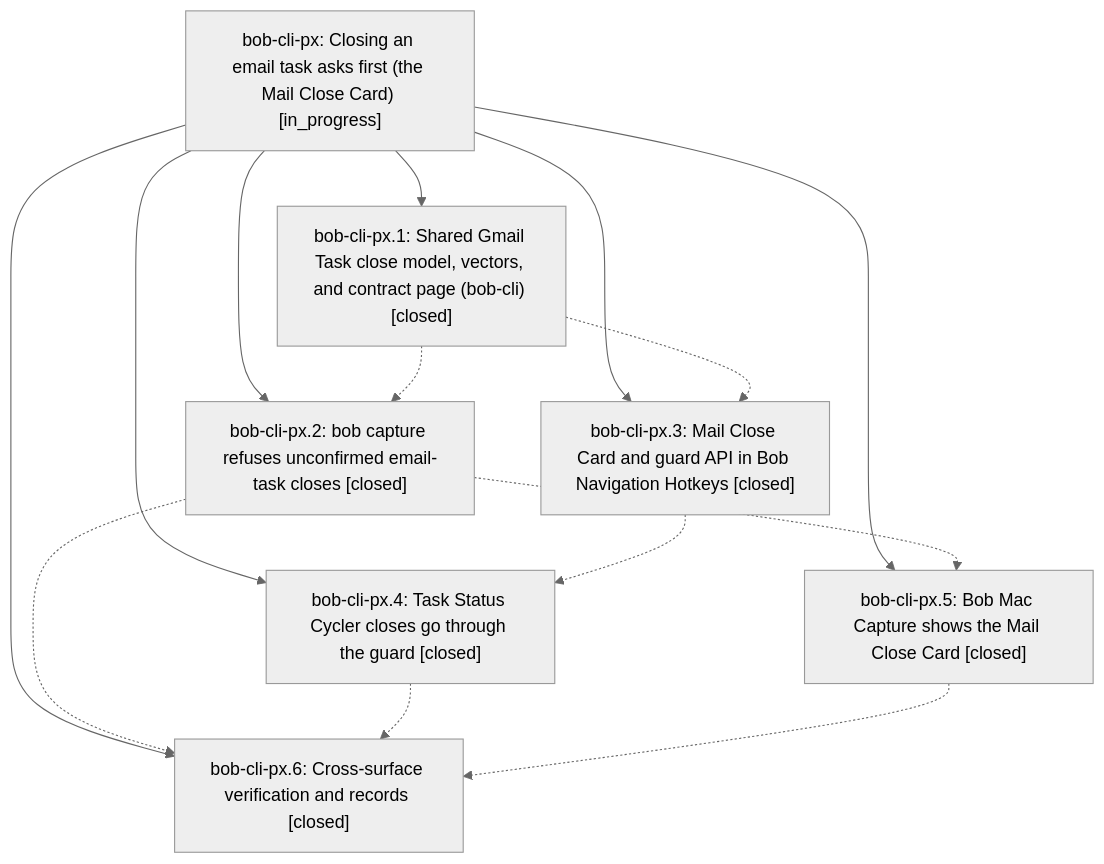
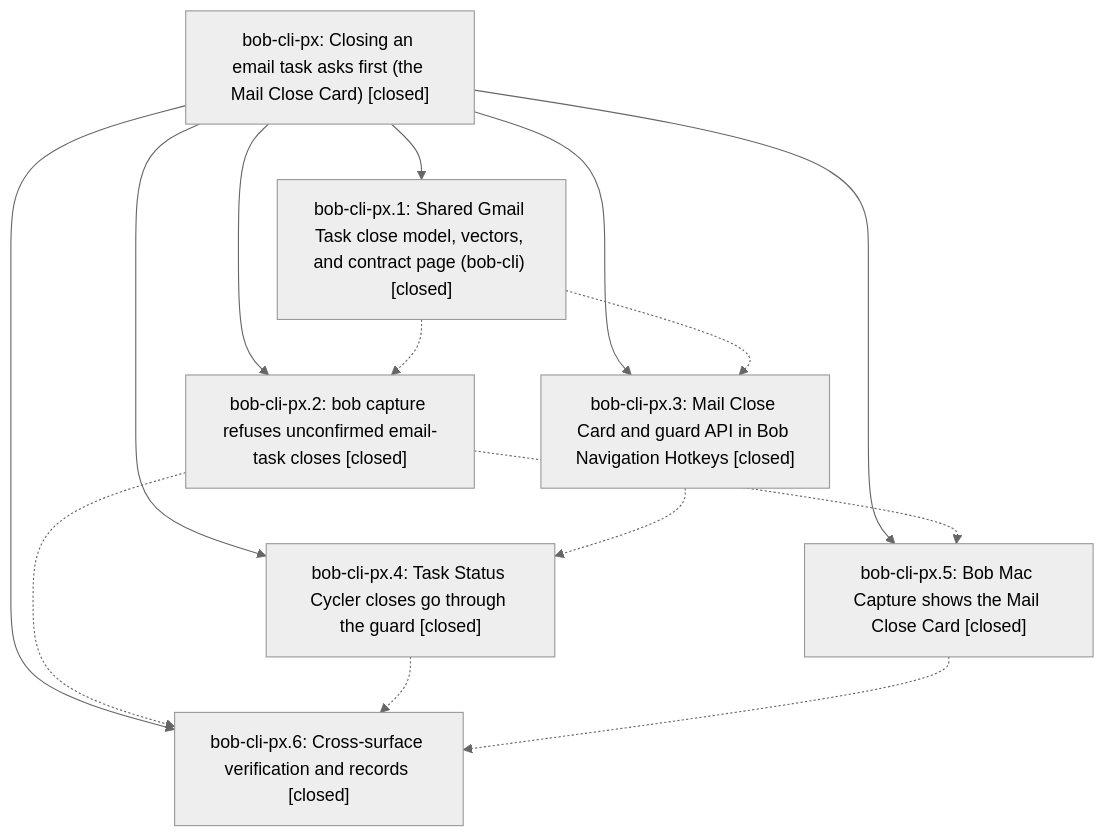
Before and after one commit to bobs-org/bob-cli--beads: the diagram in pages/bob-cli-px/README.md, drawn with Mermaid (neutral theme). The commit also changed other lines of this file, not shown here.

First line of the commit message:
chore(beads): sync bead state and pages for bob-cli-px

````diff
--- a/pages/bob-cli-px/README.md
+++ b/pages/bob-cli-px/README.md
@@ -58,23 +68,23 @@
 ```mermaid
 flowchart TD
-    n0["bob-cli-px: Closing an email task asks first (the Mail Close Card) [in_progress]"]
+    n0["bob-cli-px: Closing an email task asks first (the Mail Close Card) [closed]"]
     n1["bob-cli-px.1: Shared Gmail Task close model, vectors, and contract page (bob-cli) [closed]"]
     n2["bob-cli-px.2: bob capture refuses unconfirmed email-task closes [closed]"]
     n3["bob-cli-px.3: Mail Close Card and guard API in Bob Navigation Hotkeys [closed]"]
     n4["bob-cli-px.4: Task Status Cycler closes go through the guard [closed]"]
     n5["bob-cli-px.5: Bob Mac Capture shows the Mail Close Card [closed]"]
     n6["bob-cli-px.6: Cross-surface verification and records [closed]"]
     n0 --> n1
     n0 --> n2
     n0 --> n3
     n0 --> n4
     n0 --> n5
     n0 --> n6
     n1 -.-> n2
     n1 -.-> n3
     n2 -.-> n5
     n2 -.-> n6
     n3 -.-> n4
     n4 -.-> n6
     n5 -.-> n6
 ```
````
